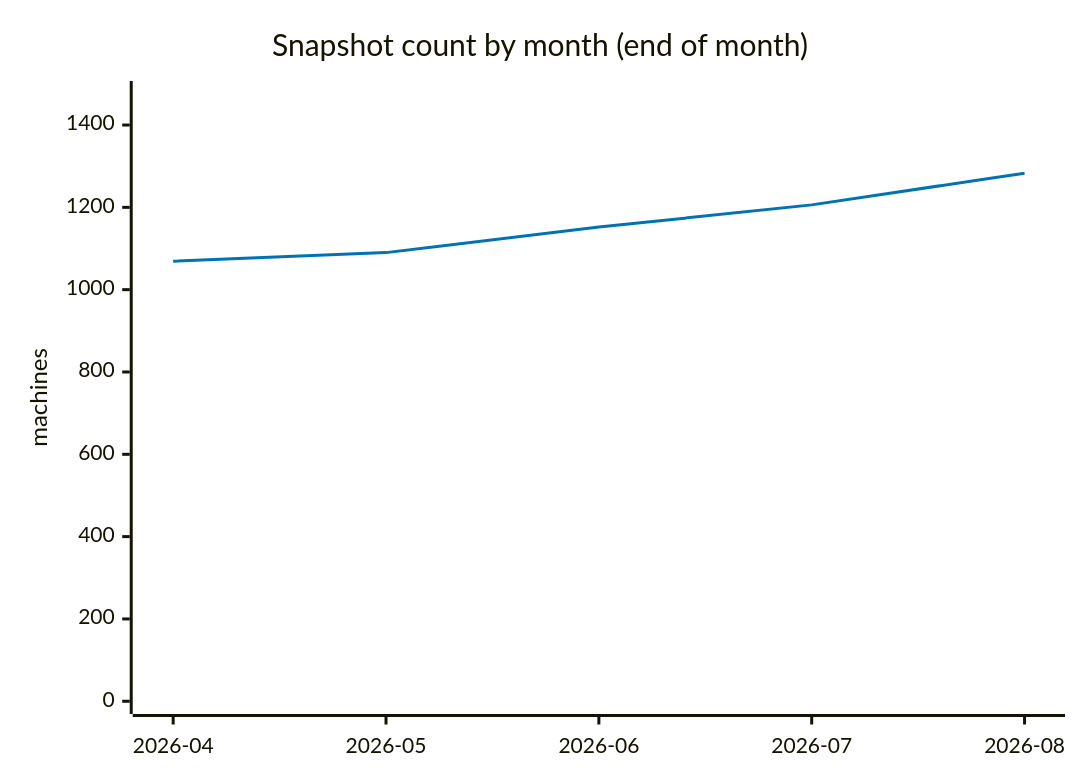
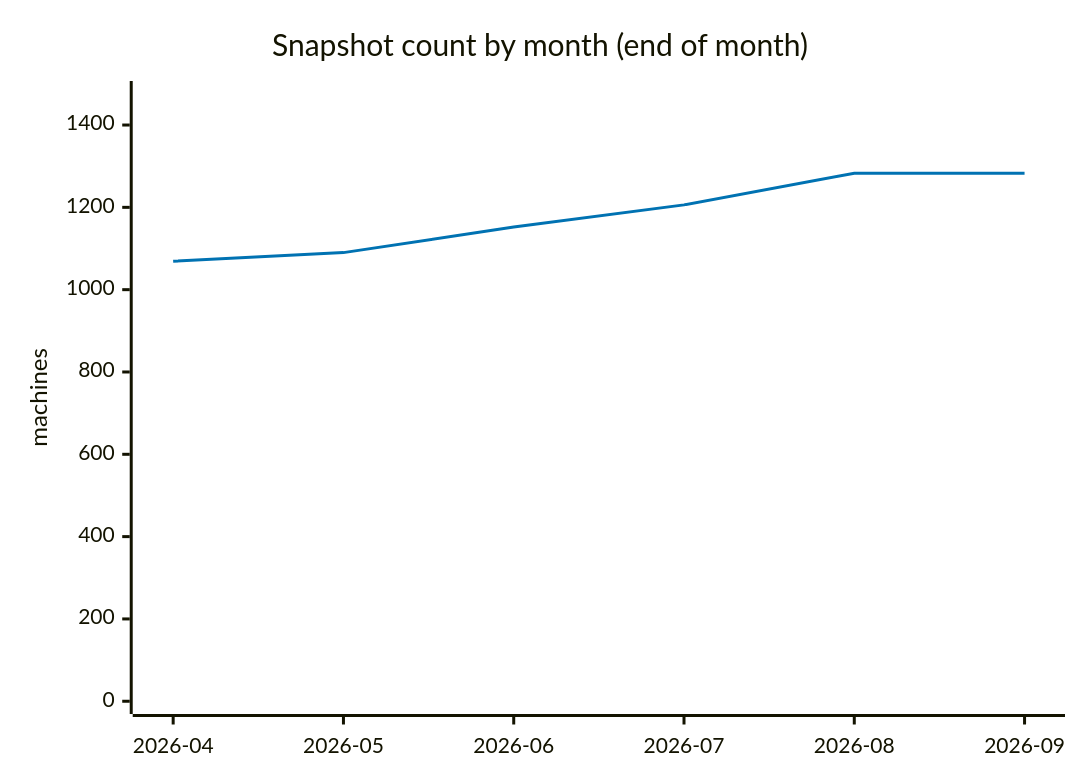
Before and after one commit to cheeaun/returnright-data: the sixth of 7 diagrams in ANALYSIS.md, drawn with Mermaid. The commit also changed other lines of this file and 3 other files, not shown here.

````diff
--- a/ANALYSIS.md
+++ b/ANALYSIS.md
@@ -288,13 +291,13 @@
 ```mermaid
 ---
 config:
   themeVariables:
     xyChart:
       plotColorPalette: "#0072B2"
 ---
 xychart-beta
     title "Snapshot count by month (end of month)"
-    x-axis ["2026-04", "2026-05", "2026-06", "2026-07", "2026-08"]
+    x-axis ["2026-04", "2026-05", "2026-06", "2026-07", "2026-08", "2026-09"]
     y-axis "machines" 0 --> 1476
-    line [1069, 1090, 1152, 1206, 1283]
+    line [1069, 1090, 1152, 1206, 1283, 1283]
 ```
````
